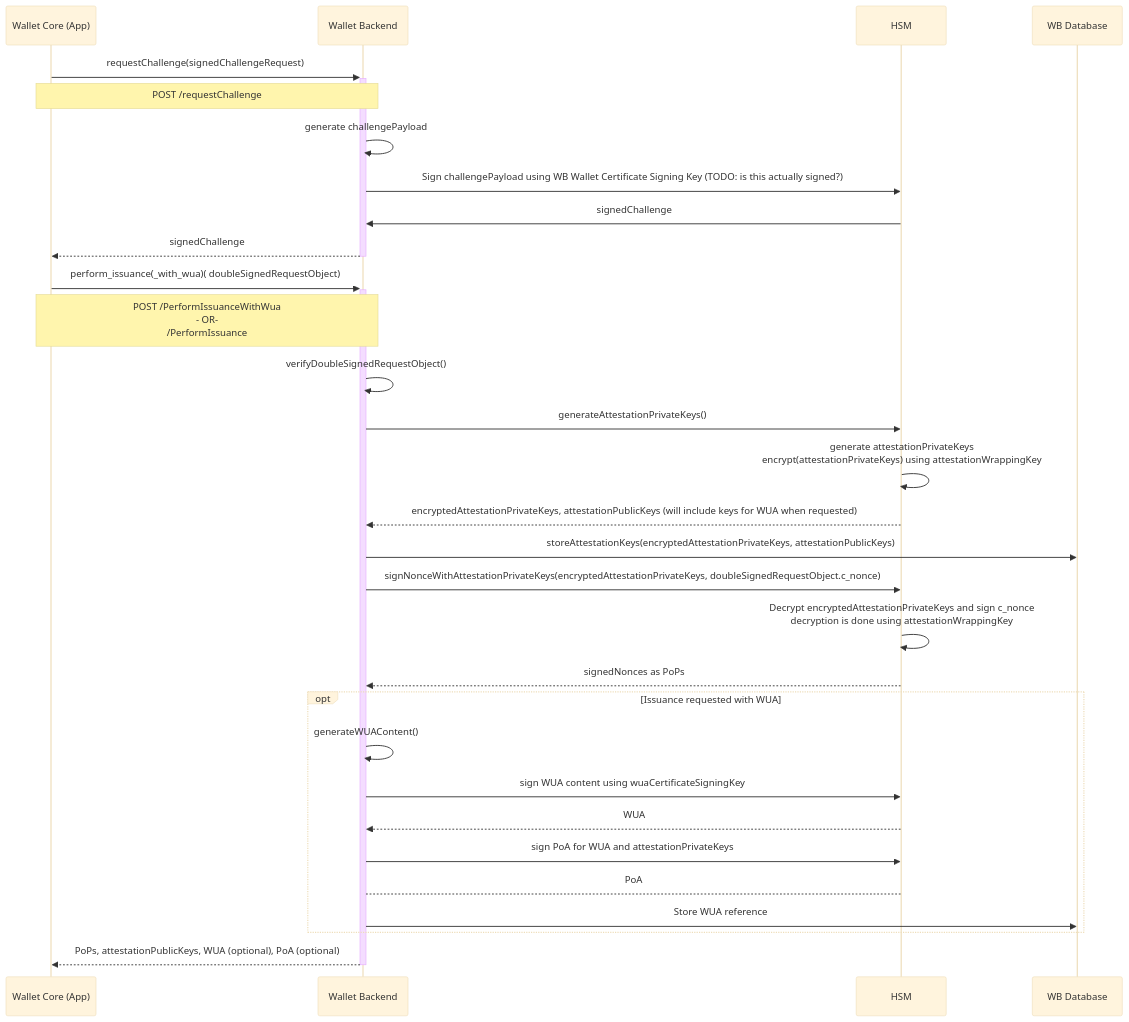
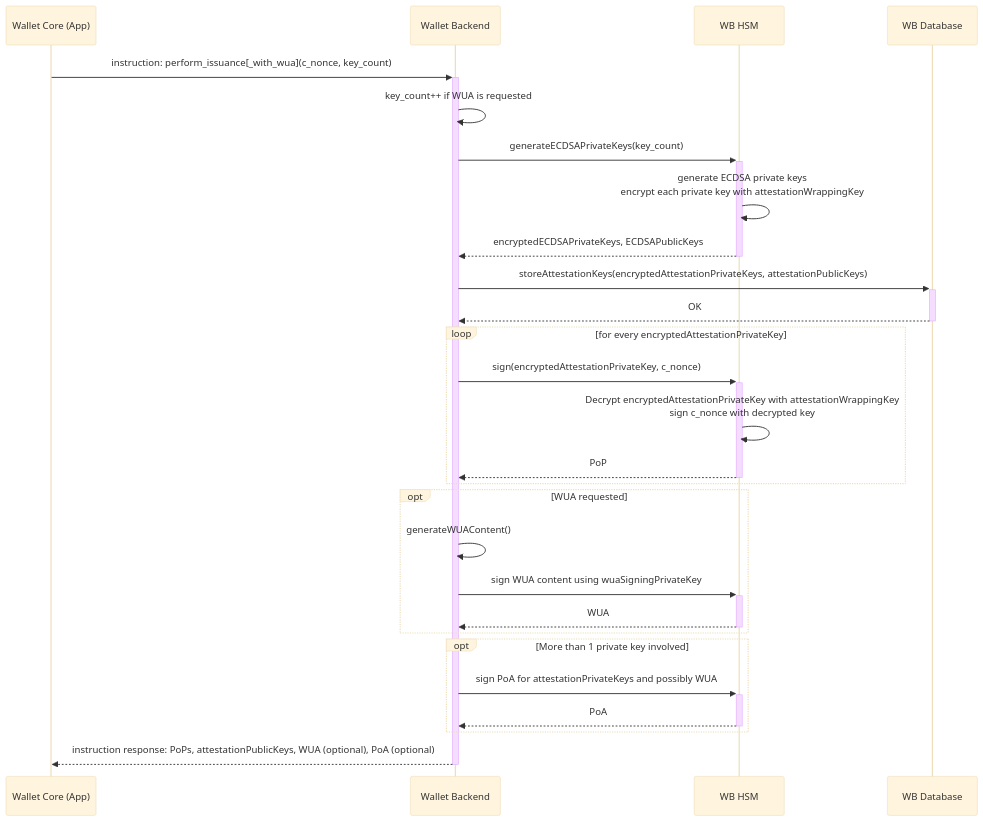
One commit to MinBZK/nl-wallet changed the third of 3 diagrams in wallet_docs/architecture/use-cases/issuance-with-openid4vci.md. Above: the diagram before and after it, drawn with Mermaid (base theme). The commit also changed other lines of this file and 3 other files, not shown here.

Commit message:
Update sequence diagrams

````diff
--- a/wallet_docs/architecture/use-cases/issuance-with-openid4vci.md
+++ b/wallet_docs/architecture/use-cases/issuance-with-openid4vci.md
@@ -158,34 +119,31 @@
 ```{mermaid}
 sequenceDiagram
     %% Force ordering by explicitly setting up participants
-    participant wallet_core as Wallet Core (App)
+    participant wallet as Wallet Core (App)
     participant wallet_provider as Wallet Backend
-    participant hsm as HSM
+    participant hsm as WB HSM
     participant db as WB Database
 
-    wallet_core->>+wallet_provider: requestChallenge(signedChallengeRequest)
-    note over wallet_core,wallet_provider: POST /requestChallenge
-    wallet_provider ->> wallet_provider: generate challengePayload
-    wallet_provider ->> hsm: Sign challengePayload using WB Wallet Certificate Signing Key  (TODO: is this actually signed?)
-    hsm ->> wallet_provider: signedChallenge
-    wallet_provider-->>-wallet_core: signedChallenge 
-    wallet_core->>+wallet_provider: perform_issuance(_with_wua)( doubleSignedRequestObject)
-    note over wallet_core,wallet_provider: POST /PerformIssuanceWithWua <br/> - OR- <br/>/PerformIssuance
-    wallet_provider->>wallet_provider: verifyDoubleSignedRequestObject()
-    wallet_provider ->> hsm: generateAttestationPrivateKeys()
-    hsm ->> hsm: generate attestationPrivateKeys<br/>encrypt(attestationPrivateKeys) using attestationWrappingKey
-    hsm -->> wallet_provider: encryptedAttestationPrivateKeys, attestationPublicKeys (will include keys for WUA when requested)
-    wallet_provider ->> db : storeAttestationKeys(encryptedAttestationPrivateKeys, attestationPublicKeys)
-    wallet_provider ->> hsm: signNonceWithAttestationPrivateKeys(encryptedAttestationPrivateKeys, doubleSignedRequestObject.c_nonce)
-    hsm ->> hsm: Decrypt encryptedAttestationPrivateKeys and sign c_nonce<br/>decryption is done using attestationWrappingKey
-    hsm -->> wallet_provider: signedNonces as PoPs
-    opt Issuance requested with WUA
-        wallet_provider->>wallet_provider: generateWUAContent()
-        wallet_provider->> hsm: sign WUA content using wuaCertificateSigningKey 
-        hsm -->> wallet_provider:  WUA
-        wallet_provider ->> hsm: sign PoA for WUA and attestationPrivateKeys        
-        hsm --> wallet_provider: PoA
-        wallet_provider ->> db: Store WUA reference
+    wallet->>+wallet_provider: instruction: perform_issuance[_with_wua](c_nonce, key_count)
+    wallet_provider->>wallet_provider: key_count++ if WUA is requested
+    wallet_provider ->>+ hsm: generateECDSAPrivateKeys(key_count)
+    hsm ->> hsm: generate ECDSA private keys<br/>encrypt each private key with attestationWrappingKey
+    hsm -->>- wallet_provider: encryptedECDSAPrivateKeys, ECDSAPublicKeys
+    wallet_provider ->>+ db : storeAttestationKeys(encryptedAttestationPrivateKeys, attestationPublicKeys)
+    db -->>- wallet_provider: OK
+    loop for every encryptedAttestationPrivateKey
+        wallet_provider ->>+ hsm: sign(encryptedAttestationPrivateKey, c_nonce)
+        hsm ->> hsm: Decrypt encryptedAttestationPrivateKey with attestationWrappingKey<br/>sign c_nonce with decrypted key
+        hsm -->>- wallet_provider: PoP
     end
-    wallet_provider-->>-wallet_core: PoPs, attestationPublicKeys, WUA (optional), PoA (optional)
+    opt WUA requested
+        wallet_provider ->> wallet_provider: generateWUAContent()
+        wallet_provider ->>+ hsm: sign WUA content using wuaSigningPrivateKey 
+        hsm -->>- wallet_provider: WUA
+    end
+    opt More than 1 private key involved
+        wallet_provider ->>+ hsm: sign PoA for attestationPrivateKeys and possibly WUA
+        hsm -->>- wallet_provider: PoA
+    end
+    wallet_provider-->>-wallet: instruction response: PoPs, attestationPublicKeys, WUA (optional), PoA (optional)
 ```
````
